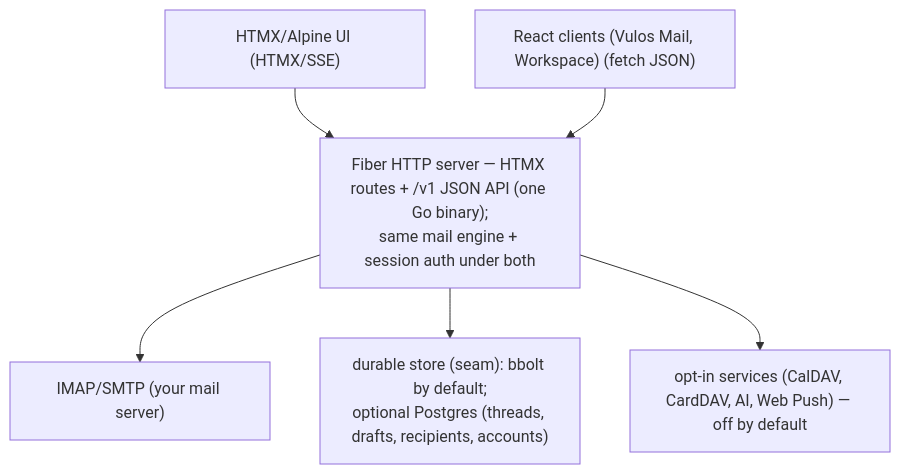
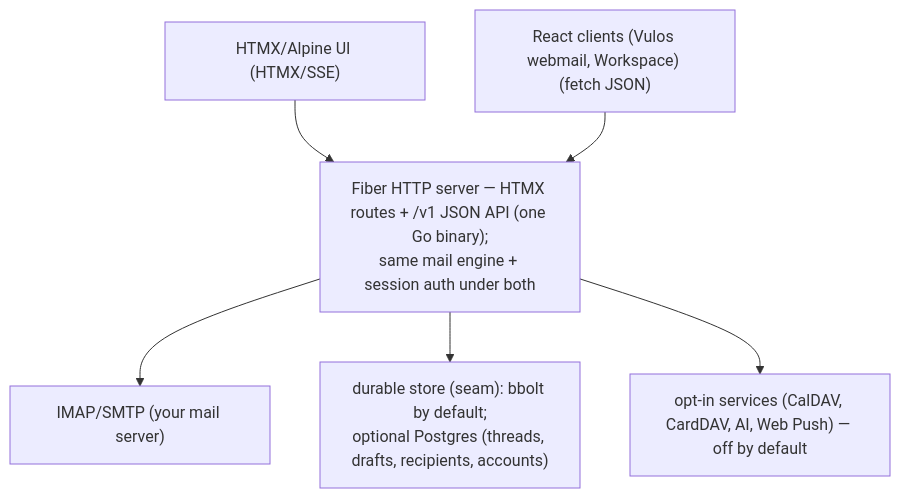
One commit to vul-os/lilmail changed the diagram in README.md. Above: the diagram before and after it, drawn with Mermaid. The commit also changed other lines of this file and 4 other files, not shown here.

First line of the commit message:
docs: reframe lilmail as the Vulos mail connector, not a "Vulos Mail product"

````diff
--- a/README.md
+++ b/README.md
@@ -117,9 +118,9 @@
 ```mermaid
 flowchart TD
     UI["HTMX/Alpine UI (HTMX/SSE)"] --> Server
-    React["React clients (Vulos Mail, Workspace) (fetch JSON)"] --> Server
+    React["React clients (Vulos webmail, Workspace) (fetch JSON)"] --> Server
     Server["Fiber HTTP server — HTMX routes + /v1 JSON API (one Go binary);<br/>same mail engine + session auth under both"]
     Server --> IMAP["IMAP/SMTP (your mail server)"]
     Server --> Store["durable store (seam): bbolt by default;<br/>optional Postgres (threads, drafts, recipients, accounts)"]
     Server --> Services["opt-in services (CalDAV, CardDAV, AI, Web Push) — off by default"]
 ```
````
